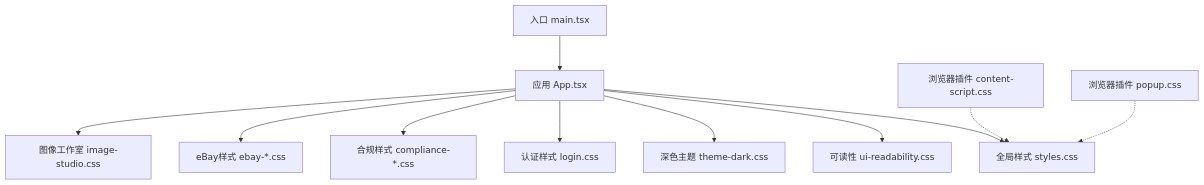
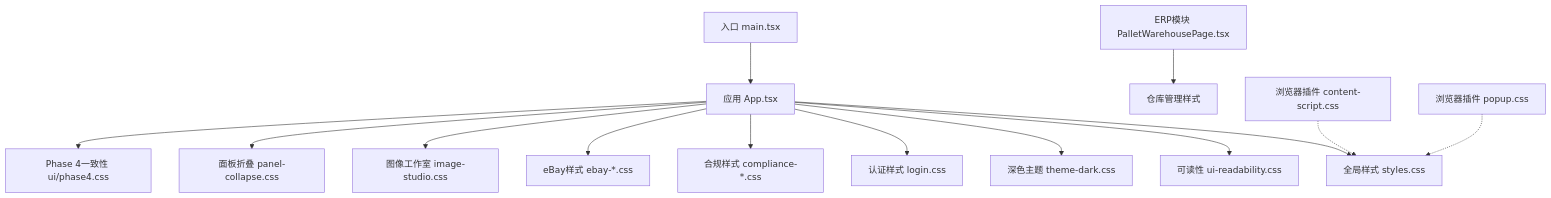
One commit to iljahofbauer219-lang/yandu changed the second of 3 diagrams in .qoder/repowiki/zh/content/系统架构/渲染进程架构/UI组件库与样式系统.md. Above: the diagram before and after it, drawn with Mermaid. The commit also changed other lines of this file and 153 other files, not shown here.

````diff
--- a/.qoder/repowiki/zh/content/系统架构/渲染进程架构/UI组件库与样式系统.md
+++ b/.qoder/repowiki/zh/content/系统架构/渲染进程架构/UI组件库与样式系统.md
@@ -153,13 +185,16 @@
 ```mermaid
 flowchart TD
 A["入口 main.tsx"] --> B["应用 App.tsx"]
 B --> C["全局样式 styles.css"]
 B --> D["可读性 ui-readability.css"]
 B --> E["深色主题 theme-dark.css"]
 B --> F["认证样式 login.css"]
 B --> G["合规样式 compliance-*.css"]
 B --> H["eBay样式 ebay-*.css"]
 B --> I["图像工作室 image-studio.css"]
-J["浏览器插件 content-script.css"] -.-> C
-K["浏览器插件 popup.css"] -.-> C
+B --> J["面板折叠 panel-collapse.css"]
+B --> K["Phase 4一致性 ui/phase4.css"]
+L["ERP模块 PalletWarehousePage.tsx"] --> M["仓库管理样式"]
+N["浏览器插件 content-script.css"] -.-> C
+O["浏览器插件 popup.css"] -.-> C
 ```
````
